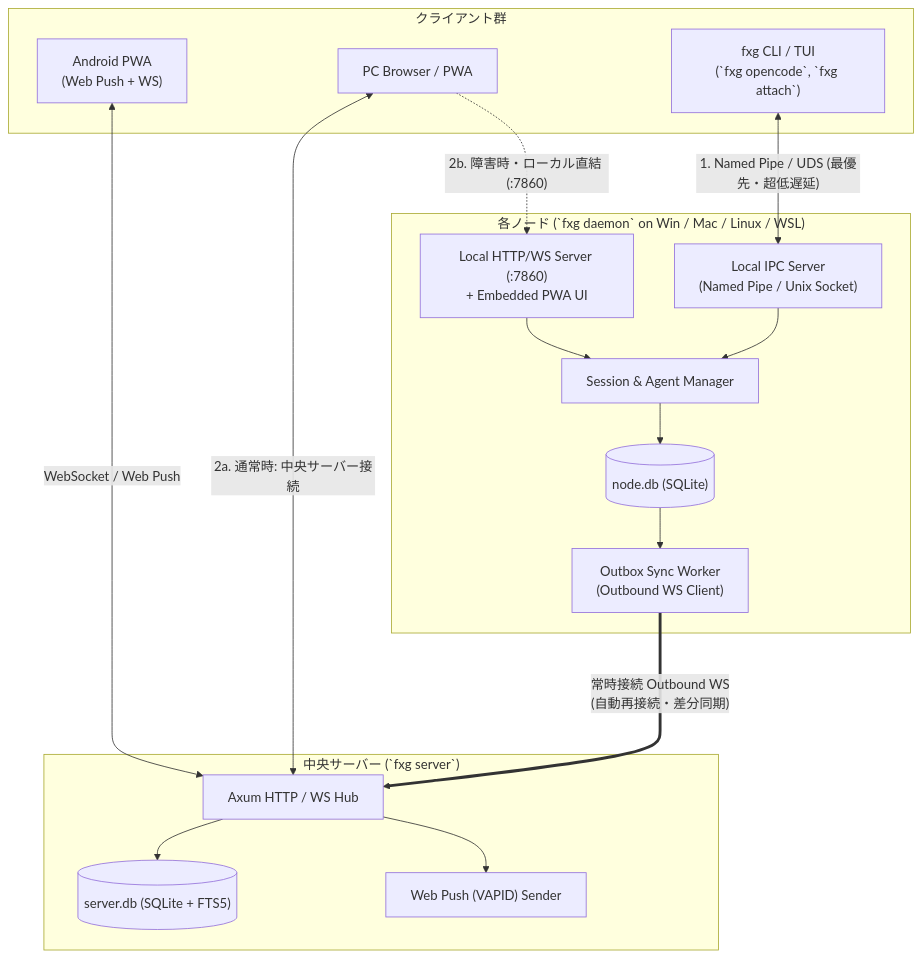
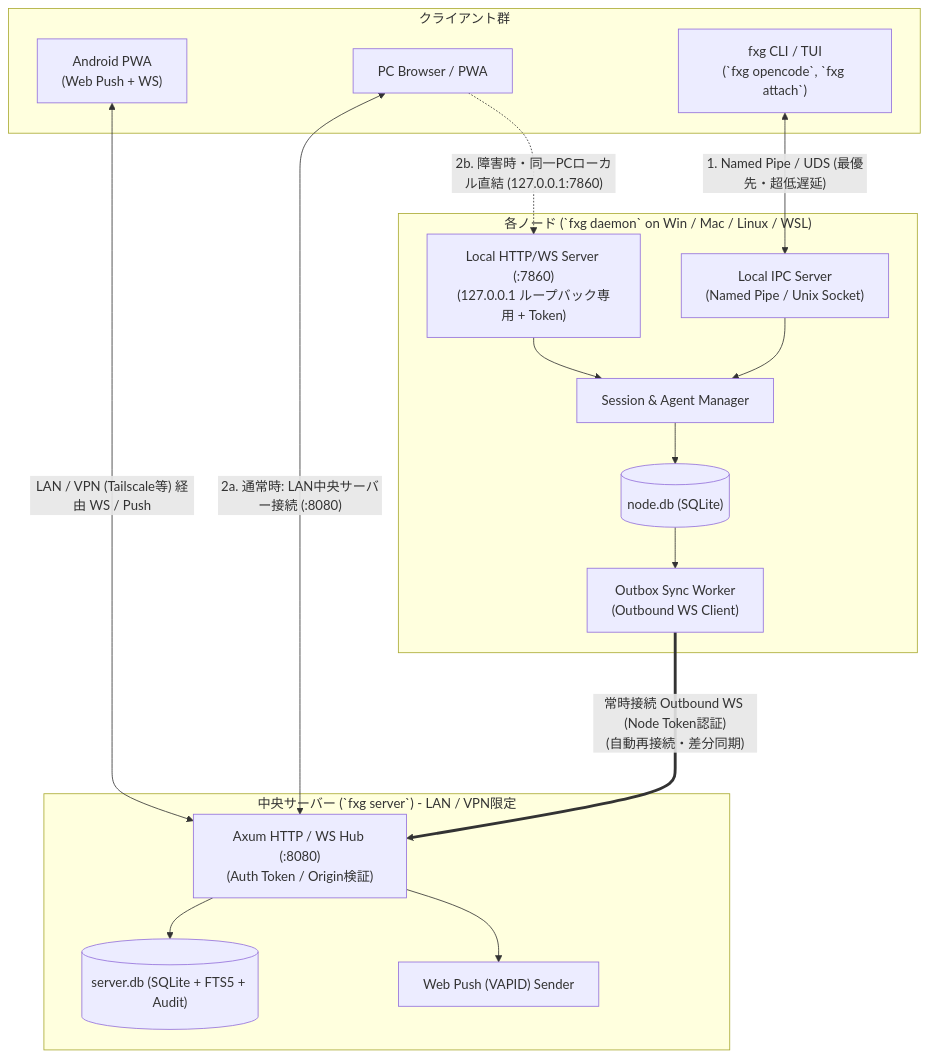
The first of 2 diagrams in docs/01-architecture-and-sync.md (nazo6/flexagent), drawn with Mermaid before and after one commit. The commit also changed other lines of this file and 4 other files, not shown here.

````diff
--- a/docs/01-architecture-and-sync.md
+++ b/docs/01-architecture-and-sync.md
@@ -10,35 +10,35 @@
 ```mermaid
 flowchart TB
     subgraph Clients["クライアント群"]
         AndroidPWA["Android PWA<br/>(Web Push + WS)"]
         Browser["PC Browser / PWA"]
         CLI["fxg CLI / TUI<br/>(`fxg opencode`, `fxg attach`)"]
     end
 
-    subgraph Central["中央サーバー (`fxg server`)"]
-        Hub["Axum HTTP / WS Hub"]
+    subgraph Central["中央サーバー (`fxg server`) - LAN / VPN限定"]
+        Hub["Axum HTTP / WS Hub (:8080)<br/>(Auth Token / Origin検証)"]
         Push["Web Push (VAPID) Sender"]
-        ServerDB[("server.db (SQLite + FTS5)")]
+        ServerDB[("server.db (SQLite + FTS5 + Audit)")]
         Hub --> ServerDB
         Hub --> Push
     end
 
     subgraph Node["各ノード (`fxg daemon` on Win / Mac / Linux / WSL)"]
-        LocalAPI["Local HTTP/WS Server (:7860)<br/>+ Embedded PWA UI"]
+        LocalAPI["Local HTTP/WS Server (:7860)<br/>(127.0.0.1 ループバック専用 + Token)"]
         LocalIPC["Local IPC Server<br/>(Named Pipe / Unix Socket)"]
         SyncWorker["Outbox Sync Worker<br/>(Outbound WS Client)"]
         SessionMgr["Session & Agent Manager"]
         NodeDB[("node.db (SQLite)")]
 
         LocalIPC --> SessionMgr
         LocalAPI --> SessionMgr
         SessionMgr --> NodeDB
         NodeDB --> SyncWorker
     end
 
     CLI <-->|"1. Named Pipe / UDS (最優先・超低遅延)"| LocalIPC
-    Browser <-->|"2a. 通常時: 中央サーバー接続"| Hub
-    Browser -.->|"2b. 障害時・ローカル直結 (:7860)"| LocalAPI
-    AndroidPWA <-->|"WebSocket / Web Push"| Hub
-    SyncWorker ===>|"常時接続 Outbound WS<br/>(自動再接続・差分同期)"| Hub
+    Browser <-->|"2a. 通常時: LAN中央サーバー接続 (:8080)"| Hub
+    Browser -.->|"2b. 障害時・同一PCローカル直結 (127.0.0.1:7860)"| LocalAPI
+    AndroidPWA <-->|"LAN / VPN (Tailscale等) 経由 WS / Push"| Hub
+    SyncWorker ===>|"常時接続 Outbound WS (Node Token認証)<br/>(自動再接続・差分同期)"| Hub
 ```
````
